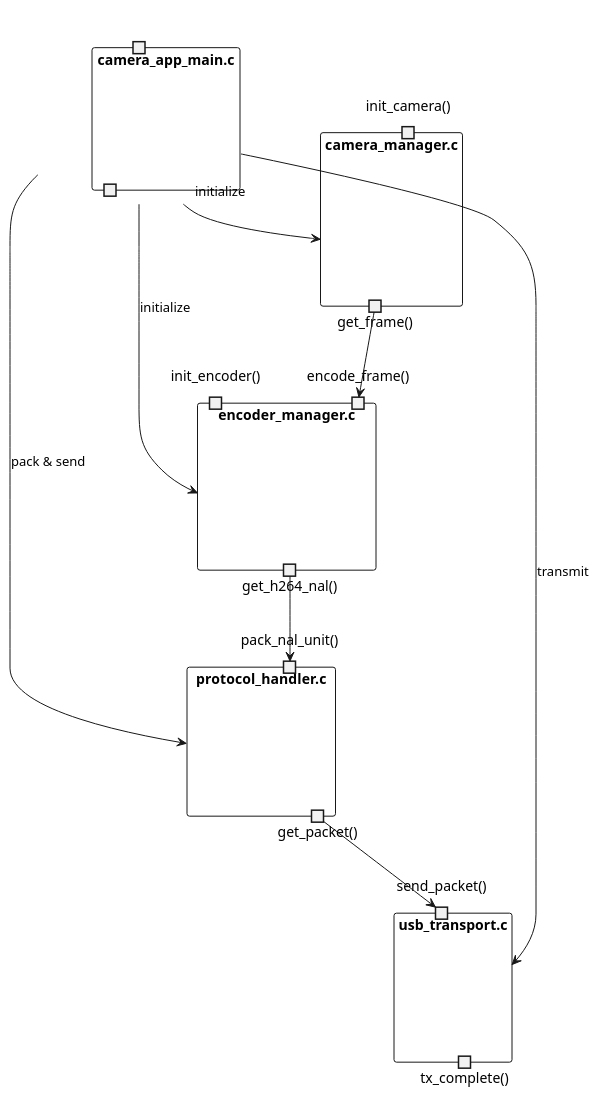
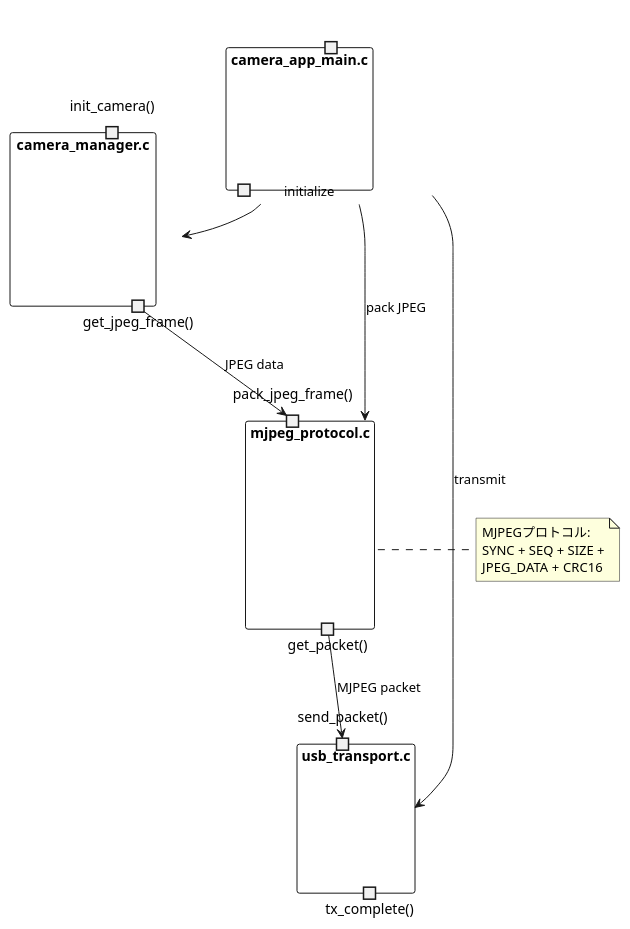
The second of 7 diagrams in docs/security_camera/01_specifications/05_SOFTWARE_SPEC_SPRESENSE.md (ken11111/Spr_wk), drawn with PlantUML before and after one commit. The commit also changed other lines of this file and 2 other files, not shown here.

````diff
--- a/docs/security_camera/01_specifications/05_SOFTWARE_SPEC_SPRESENSE.md
+++ b/docs/security_camera/01_specifications/05_SOFTWARE_SPEC_SPRESENSE.md
@@ -62,41 +64,39 @@
 ```plantuml
 @startuml
 skinparam componentStyle rectangle
 
 component "camera_app_main.c" as MAIN {
     portin " " as MAIN_IN
     portout " " as MAIN_OUT
 }
 
 component "camera_manager.c" as CAM {
     portin "init_camera()" as CAM_INIT
-    portout "get_frame()" as CAM_GET
+    portout "get_jpeg_frame()" as CAM_GET
 }
 
-component "encoder_manager.c" as ENC {
-    portin "init_encoder()" as ENC_INIT
-    portin "encode_frame()" as ENC_ENC
-    portout "get_h264_nal()" as ENC_GET
-}
-
-component "protocol_handler.c" as PROTO {
-    portin "pack_nal_unit()" as PROTO_PACK
+component "mjpeg_protocol.c" as PROTO {
+    portin "pack_jpeg_frame()" as PROTO_PACK
     portout "get_packet()" as PROTO_GET
 }
 
 component "usb_transport.c" as USB {
     portin "send_packet()" as USB_SEND
     portout "tx_complete()" as USB_DONE
 }
 
 MAIN --> CAM : initialize
-MAIN --> ENC : initialize
-MAIN --> PROTO : pack & send
+MAIN --> PROTO : pack JPEG
 MAIN --> USB : transmit
 
-CAM_GET --> ENC_ENC
-ENC_GET --> PROTO_PACK
-PROTO_GET --> USB_SEND
+CAM_GET --> PROTO_PACK : JPEG data
+PROTO_GET --> USB_SEND : MJPEG packet
+
+note right of PROTO
+  MJPEGプロトコル:
+  SYNC + SEQ + SIZE +
+  JPEG_DATA + CRC16
+end note
 
 @enduml
 ```
````
